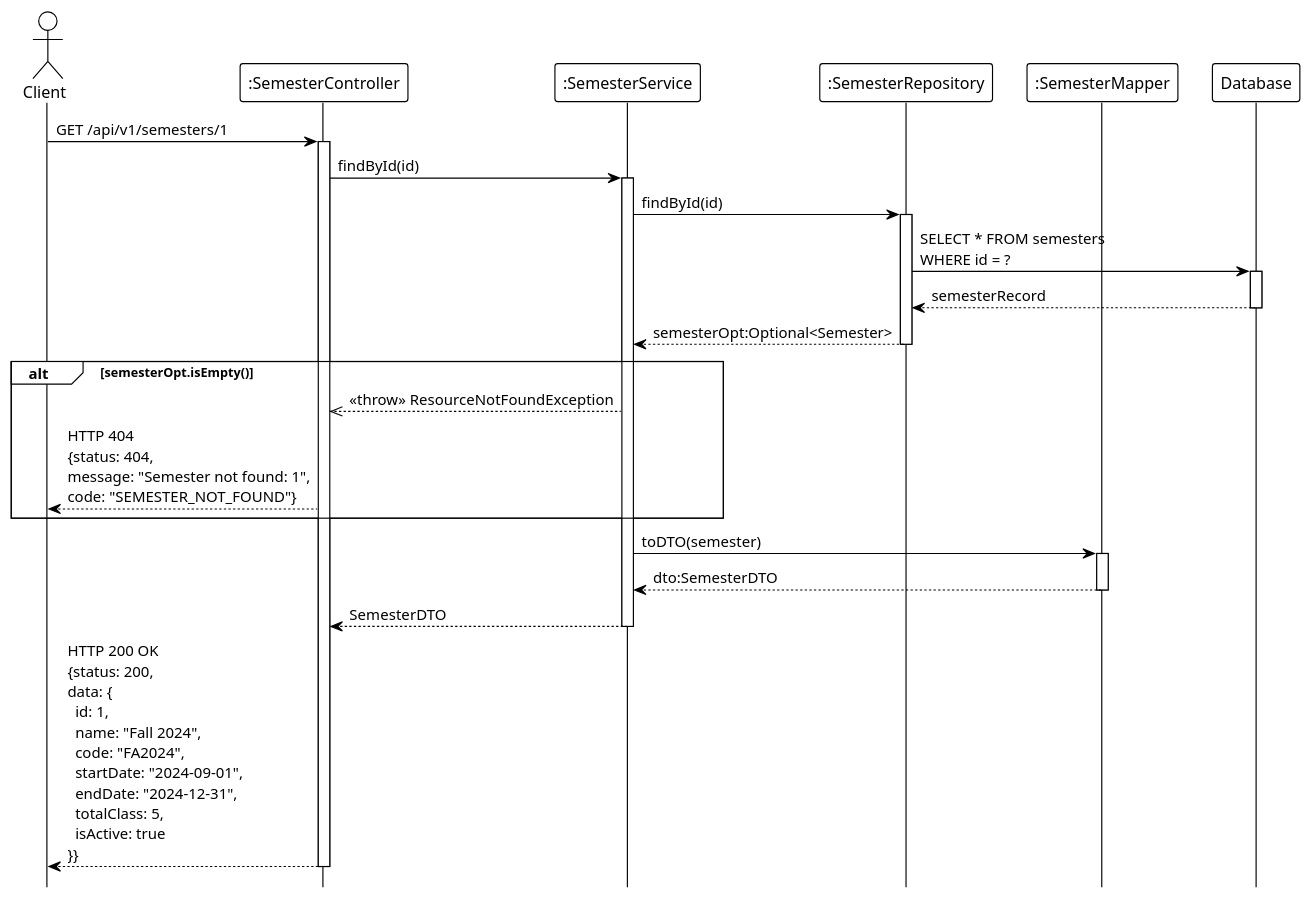
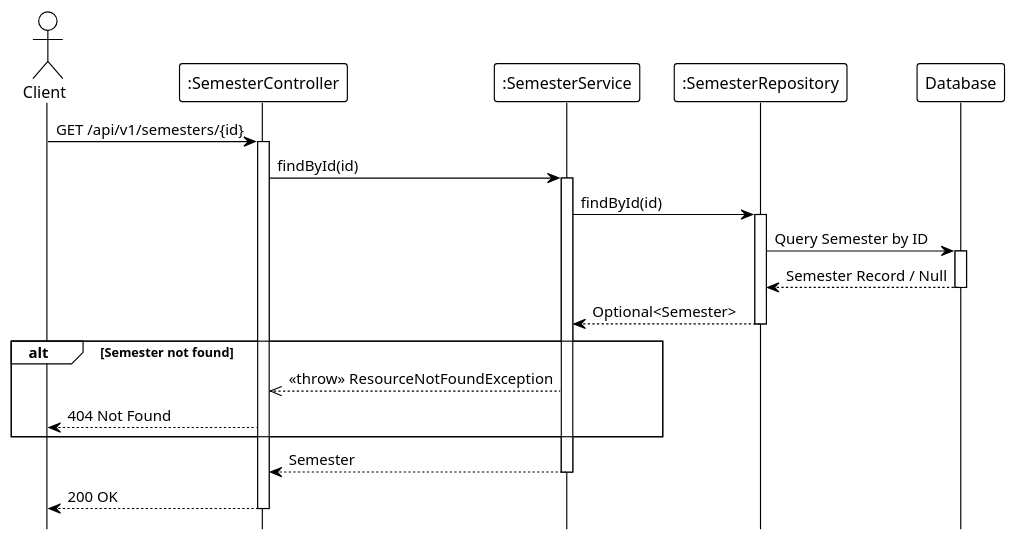
Before and after one commit to Ndh474/context: the diagram in system_detailed_design/06_view_semester_details/sequence_diagram_view_semester_details.puml, drawn with PlantUML. The commit also changed 1 other file, not shown here.

Commit message:
refactor(diagrams): unify naming conventions and streamline class and sequence diagrams for semester details

```diff
--- a/system_detailed_design/06_view_semester_details/sequence_diagram_view_semester_details.puml
+++ b/system_detailed_design/06_view_semester_details/sequence_diagram_view_semester_details.puml
@@ -1,45 +1,41 @@
-@startuml View Semester Details
+@startuml view_semester_details
 !theme plain
 hide footbox
 
 actor Client
 participant ":SemesterController" as Controller
 participant ":SemesterService" as Service
 participant ":SemesterRepository" as Repository
-participant ":SemesterMapper" as Mapper
 participant "Database" as DB
 
-Client -> Controller: GET /api/v1/semesters/1
+' --- MAIN FLOW ---
+Client -> Controller: GET /api/v1/semesters/{id}
 activate Controller
 
 Controller -> Service: findById(id)
 activate Service
 
 Service -> Repository: findById(id)
 activate Repository
 
-Repository -> DB: SELECT * FROM semesters\nWHERE id = ?
+Repository -> DB: Query Semester by ID
 activate DB
-DB --> Repository: semesterRecord
+DB --> Repository: Semester Record / Null
 deactivate DB
 
-Repository --> Service: semesterOpt:Optional<Semester>
+Repository --> Service: Optional<Semester>
 deactivate Repository
 
-alt semesterOpt.isEmpty()
+' --- VALIDATION LOGIC ---
+alt Semester not found
     Service -->> Controller: <<throw>> ResourceNotFoundException
-    Controller --> Client: HTTP 404\n{status: 404,\nmessage: "Semester not found: 1",\ncode: "SEMESTER_NOT_FOUND"}
+    Controller --> Client: 404 Not Found
 end
 
-Service -> Mapper: toDTO(semester)
-activate Mapper
-Mapper --> Service: dto:SemesterDTO
-deactivate Mapper
-
-Service --> Controller: SemesterDTO
+Service --> Controller: Semester
 deactivate Service
 
-Controller --> Client: HTTP 200 OK\n{status: 200,\ndata: {\n  id: 1,\n  name: "Fall 2024",\n  code: "FA2024",\n  startDate: "2024-09-01",\n  endDate: "2024-12-31",\n  totalClass: 5,\n  isActive: true\n}}
+Controller --> Client: 200 OK
 deactivate Controller
 
 @enduml
```
